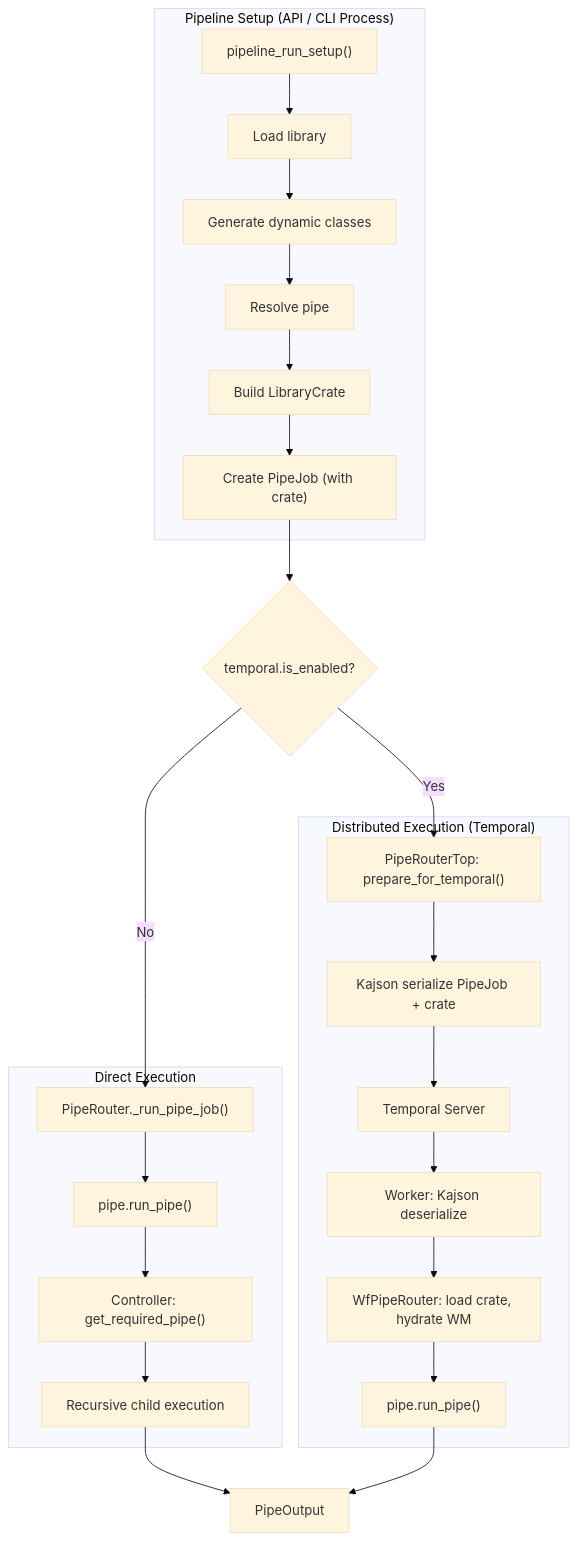
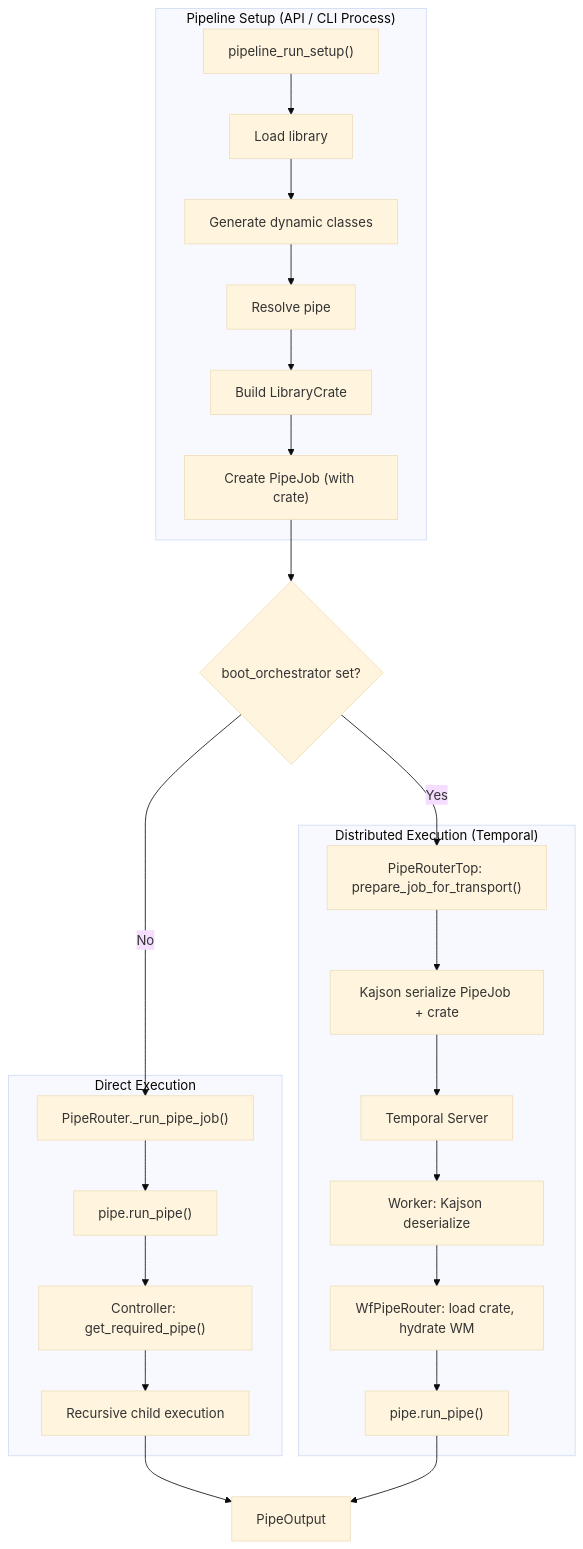
One commit to Pipelex/pipelex changed the second of 2 diagrams in docs/under-the-hood/pipe-routing-and-execution.md. Above: the diagram before and after it, drawn with Mermaid (base theme). The commit also changed other lines of this file and 8 other files, not shown here.

````diff
--- a/docs/under-the-hood/pipe-routing-and-execution.md
+++ b/docs/under-the-hood/pipe-routing-and-execution.md
@@ -287,40 +289,40 @@
 ```mermaid
 flowchart TB
     subgraph Setup["Pipeline Setup (API / CLI Process)"]
         S1["pipeline_run_setup()"]
         S2["Load library"]
         S3["Generate dynamic classes"]
         S4["Resolve pipe"]
         S5["Build LibraryCrate"]
         S6["Create PipeJob (with crate)"]
         S1 --> S2 --> S3 --> S4 --> S5 --> S6
     end
 
-    S6 --> Decision{temporal.is_enabled?}
+    S6 --> Decision{boot_orchestrator set?}
 
     subgraph Direct["Direct Execution"]
         D1["PipeRouter._run_pipe_job()"]
         D2["pipe.run_pipe()"]
         D3["Controller: get_required_pipe()"]
         D4["Recursive child execution"]
         D1 --> D2
         D2 --> D3
         D3 --> D4
     end
 
     subgraph Distributed["Distributed Execution (Temporal)"]
-        T1["PipeRouterTop: prepare_for_temporal()"]
+        T1["PipeRouterTop: prepare_job_for_transport()"]
         T2["Kajson serialize PipeJob + crate"]
         T3["Temporal Server"]
         T4["Worker: Kajson deserialize"]
         T5["WfPipeRouter: load crate, hydrate WM"]
         T6["pipe.run_pipe()"]
         T1 --> T2 --> T3 --> T4 --> T5 --> T6
     end
 
     Decision -- No --> D1
     Decision -- Yes --> T1
 
     D4 --> Result["PipeOutput"]
     T6 --> Result
 ```
````
